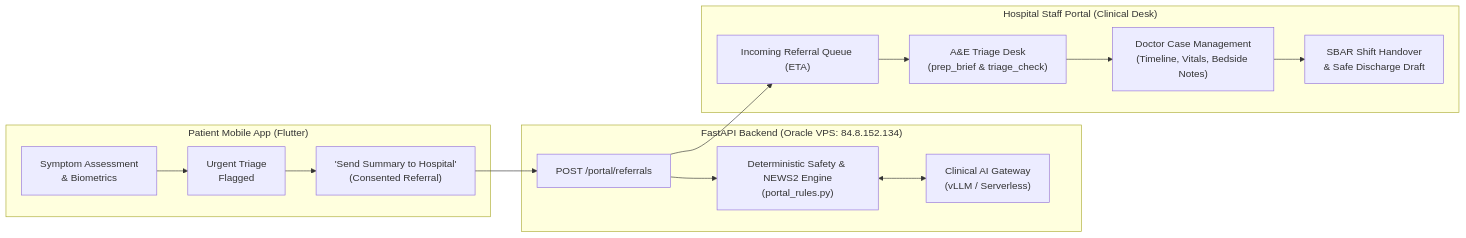
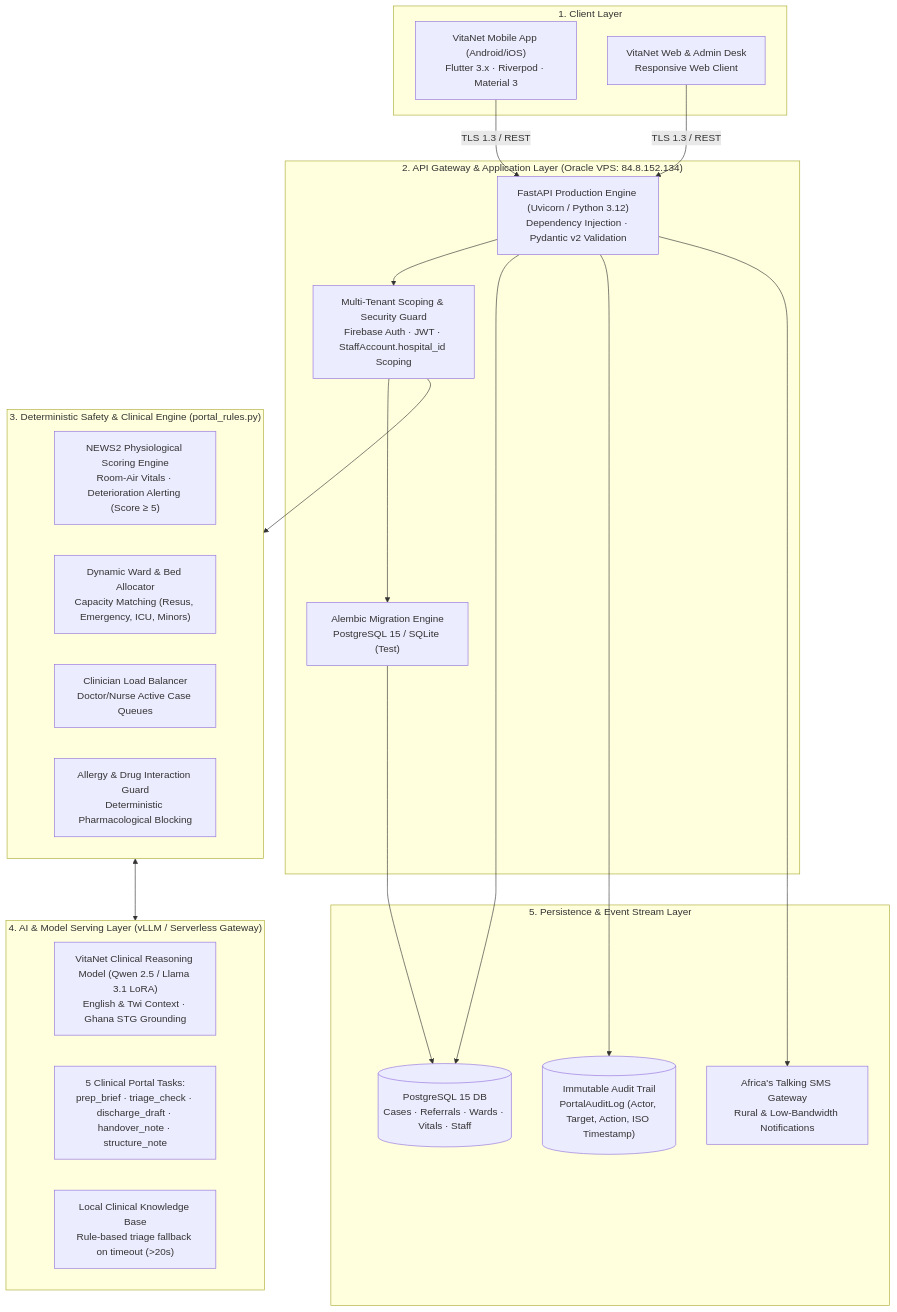
Before and after one commit to anonyemichael/vitanet: the diagram in README.md, drawn with Mermaid. The commit also changed other lines of this file, not shown here.

Commit message:
docs: enrich README with technical architecture, clinical state machine, and API reference

````diff
--- a/README.md
+++ b/README.md
@@ -11,20 +16,42 @@
 ```mermaid
-flowchart LR
-    subgraph Patient["Patient Mobile App (Flutter)"]
-        P1["Symptom Assessment\n& Biometrics"] --> P2["Urgent Triage\nFlagged"]
-        P2 --> P3["'Send Summary to Hospital'\n(Consented Referral)"]
+flowchart TD
+    subgraph Client_Layer["1. Client Layer"]
+        P_APP["VitaNet Mobile App (Android/iOS)\nFlutter 3.x · Riverpod · Material 3"]
+        P_WEB["VitaNet Web & Admin Desk\nResponsive Web Client"]
     end
 
-    subgraph Backend["FastAPI Backend (Oracle VPS: 84.8.152.134)"]
-        P3 --> B1["POST /portal/referrals"]
-        B1 --> B2["Deterministic Safety & NEWS2 Engine\n(portal_rules.py)"]
-        B2 <--> B3["Clinical AI Gateway\n(vLLM / Serverless)"]
+    subgraph API_Gateway["2. API Gateway & Application Layer (Oracle VPS: 84.8.152.134)"]
+        FASTAPI["FastAPI Production Engine (Uvicorn / Python 3.12)\nDependency Injection · Pydantic v2 Validation"]
+        AUTH_GUARD["Multi-Tenant Scoping & Security Guard\nFirebase Auth · JWT · StaffAccount.hospital_id Scoping"]
+        ALEMBIC["Alembic Migration Engine\nPostgreSQL 15 / SQLite (Test)"]
     end
 
-    subgraph Hospital["Hospital Staff Portal (Clinical Desk)"]
-        B1 --> H1["Incoming Referral Queue (ETA)"]
-        H1 --> H2["A&E Triage Desk\n(prep_brief & triage_check)"]
-        H2 --> H3["Doctor Case Management\n(Timeline, Vitals, Bedside Notes)"]
-        H3 --> H4["SBAR Shift Handover\n& Safe Discharge Draft"]
+    subgraph Clinical_Core["3. Deterministic Safety & Clinical Engine (portal_rules.py)"]
+        NEWS2["NEWS2 Physiological Scoring Engine\nRoom-Air Vitals · Deterioration Alerting (Score ≥ 5)"]
+        WARD_ALLOC["Dynamic Ward & Bed Allocator\nCapacity Matching (Resus, Emergency, ICU, Minors)"]
+        STAFF_LOAD["Clinician Load Balancer\nDoctor/Nurse Active Case Queues"]
+        ALLERGY_GUARD["Allergy & Drug Interaction Guard\nDeterministic Pharmacological Blocking"]
     end
+
+    subgraph AI_Layer["4. AI & Model Serving Layer (vLLM / Serverless Gateway)"]
+        ACTIVE_MODEL["VitaNet Clinical Reasoning Model (Qwen 2.5 / Llama 3.1 LoRA)\nEnglish & Twi Context · Ghana STG Grounding"]
+        TASK_ENGINE["5 Clinical Portal Tasks:\nprep_brief · triage_check · discharge_draft · handover_note · structure_note"]
+        KNOWLEDGE_FALLBACK["Local Clinical Knowledge Base\nRule-based triage fallback on timeout (>20s)"]
+    end
+
+    subgraph Storage_Layer["5. Persistence & Event Stream Layer"]
+        PG_DB[("PostgreSQL 15 DB\nCases · Referrals · Wards · Vitals · Staff")]
+        AUDIT_STREAM[("Immutable Audit Trail\nPortalAuditLog (Actor, Target, Action, ISO Timestamp)")]
+        SMS_GW["Africa's Talking SMS Gateway\nRural & Low-Bandwidth Notifications"]
+    end
+
+    P_APP -->|TLS 1.3 / REST| FASTAPI
+    P_WEB -->|TLS 1.3 / REST| FASTAPI
+    FASTAPI --> AUTH_GUARD
+    AUTH_GUARD --> Clinical_Core
+    AUTH_GUARD --> ALEMBIC --> PG_DB
+    Clinical_Core <--> AI_Layer
+    FASTAPI --> PG_DB
+    FASTAPI --> AUDIT_STREAM
+    FASTAPI --> SMS_GW
 ```
````
